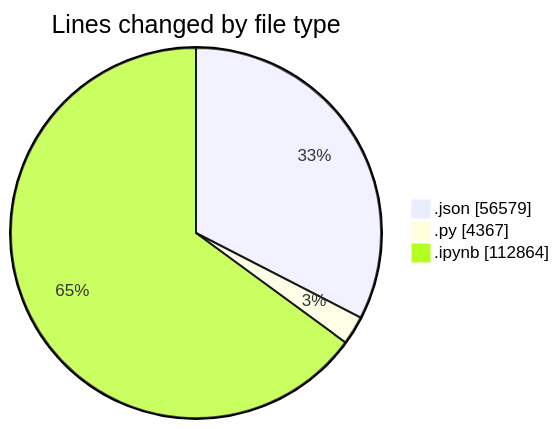
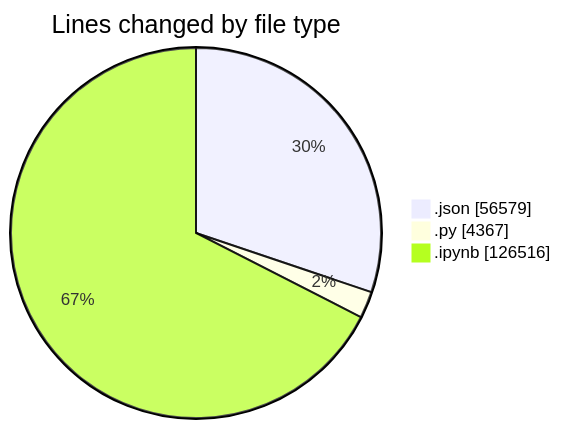
The first of 2 diagrams in 2025-10-04/untitled__workspace_/README.md (MatusMokan/code-tracking), drawn with Mermaid before and after one commit. The commit also changed other lines of this file and 1 other file, not shown here.

````diff
--- a/2025-10-04/untitled__workspace_/README.md
+++ b/2025-10-04/untitled__workspace_/README.md
@@ -36,7 +36,7 @@
 ```mermaid
 pie showData
 title Lines changed by file type
 ".json" : 56579
 ".py" : 4367
-".ipynb" : 112864
+".ipynb" : 126516
 ```
````
